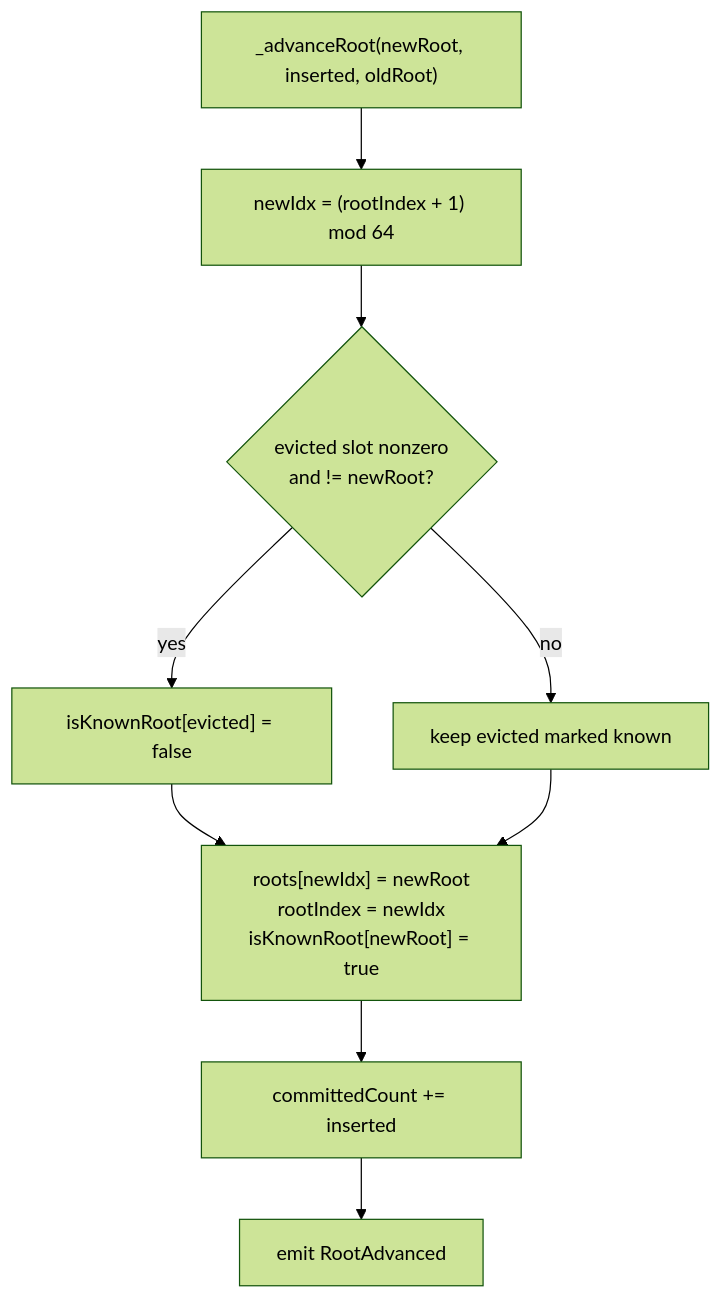
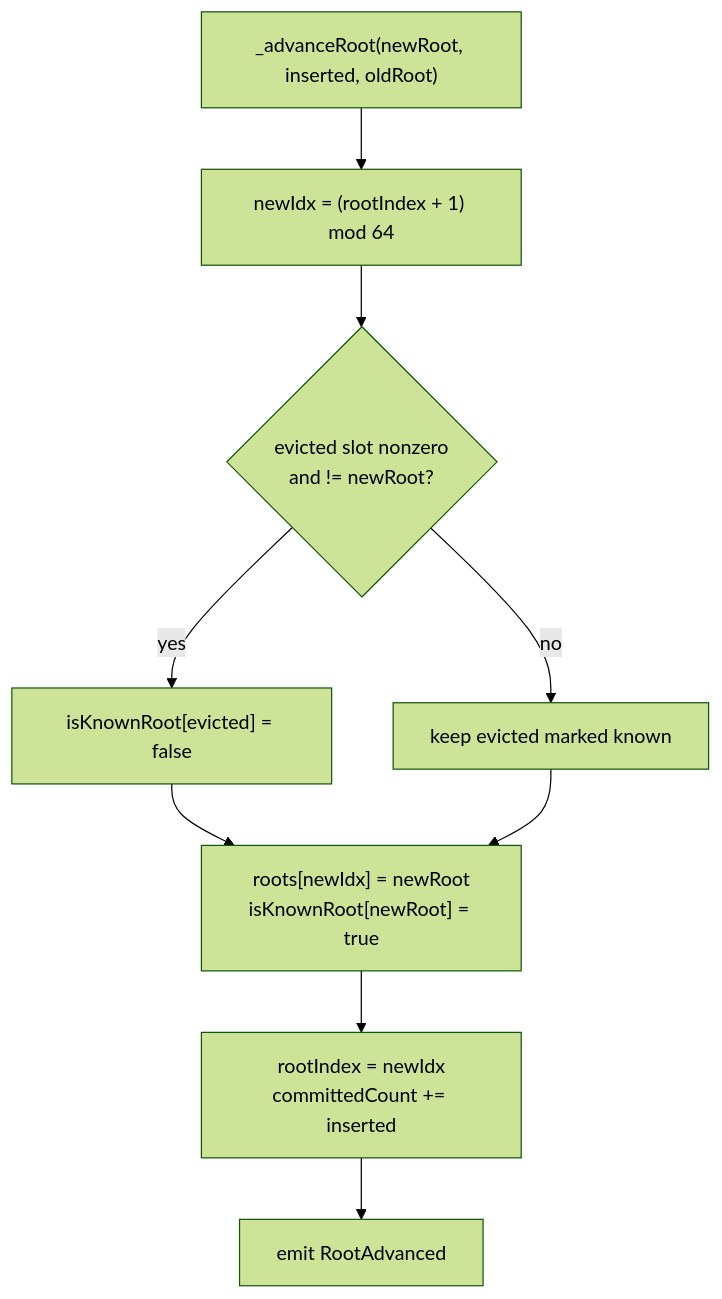
Before and after one commit to lelantos-org/contracts: the third of 10 diagrams in src/README.md, drawn with Mermaid (forest theme). The commit also changed other lines of this file and 1 other file, not shown here.

````diff
--- a/src/README.md
+++ b/src/README.md
@@ -180,11 +180,11 @@
 ```mermaid
 flowchart TD
   A["_advanceRoot(newRoot, inserted, oldRoot)"] --> B["newIdx = (rootIndex + 1) mod 64"]
   B --> C{"evicted slot nonzero<br/>and != newRoot?"}
   C -->|yes| D["isKnownRoot[evicted] = false"]
   C -->|no| E["keep evicted marked known"]
-  D --> F["roots[newIdx] = newRoot<br/>rootIndex = newIdx<br/>isKnownRoot[newRoot] = true"]
+  D --> F["roots[newIdx] = newRoot<br/>isKnownRoot[newRoot] = true"]
   E --> F
-  F --> G["committedCount += inserted"]
+  F --> G["rootIndex = newIdx<br/>committedCount += inserted"]
   G --> H["emit RootAdvanced"]
 ```
````
